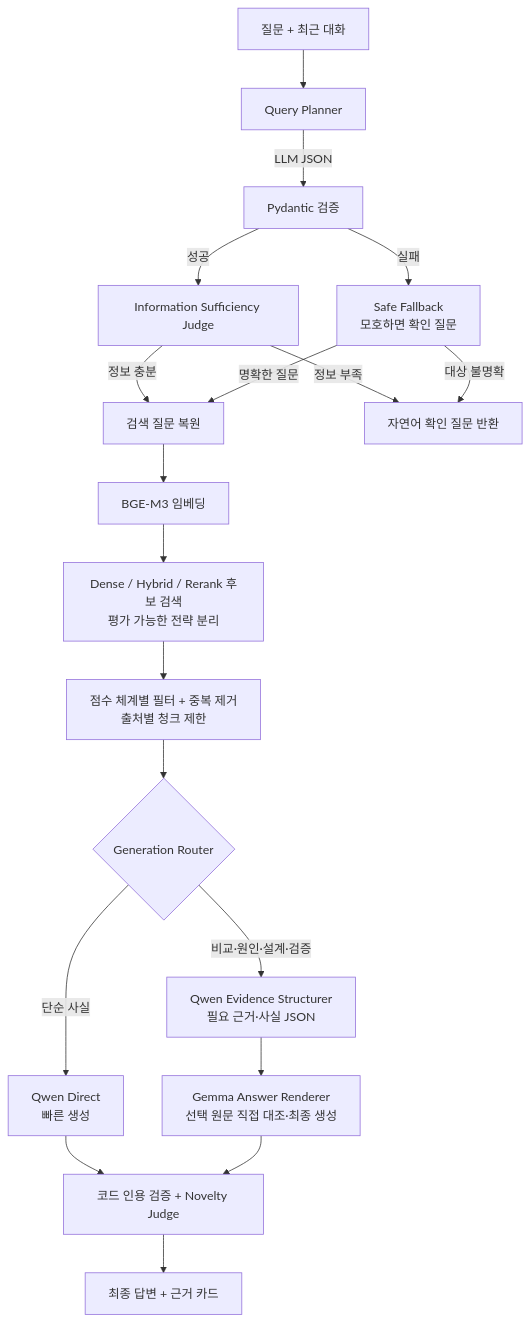
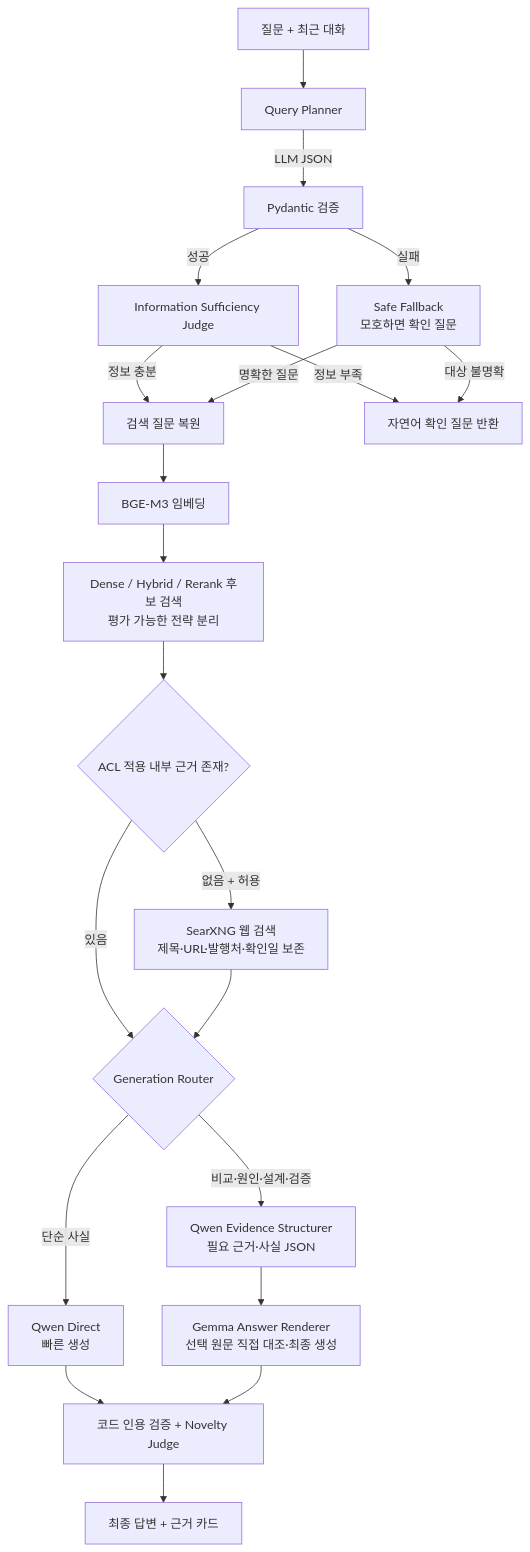
One commit to homilpat/blogProject changed the second of 2 diagrams in README.md. Above: the diagram before and after it, drawn with Mermaid. The commit also changed other lines of this file and 31 other files, not shown here.

````diff
--- a/README.md
+++ b/README.md
@@ -80,21 +93,23 @@
 ```mermaid
 flowchart TD
     A[질문 + 최근 대화] --> B[Query Planner]
     B -->|LLM JSON| C[Pydantic 검증]
     C -->|실패| D[Safe Fallback<br/>모호하면 확인 질문]
     C -->|성공| P[Information Sufficiency Judge]
     P -->|정보 충분| E[검색 질문 복원]
     P -->|정보 부족| X[자연어 확인 질문 반환]
     D -->|명확한 질문| E
     D -->|대상 불명확| X[자연어 확인 질문 반환]
     E --> F[BGE-M3 임베딩]
     F --> G[Dense / Hybrid / Rerank 후보 검색<br/>평가 가능한 전략 분리]
-    G --> H[점수 체계별 필터 + 중복 제거<br/>출처별 청크 제한]
-    H --> R{Generation Router}
+    G --> H{ACL 적용 내부 근거 존재?}
+    H -->|없음 + 허용| W[SearXNG 웹 검색<br/>제목·URL·발행처·확인일 보존]
+    H -->|있음| R{Generation Router}
+    W --> R
     R -->|단순 사실| Q[Qwen Direct<br/>빠른 생성]
     R -->|비교·원인·설계·검증| I[Qwen Evidence Structurer<br/>필요 근거·사실 JSON]
     I --> J[Gemma Answer Renderer<br/>선택 원문 직접 대조·최종 생성]
     Q --> K[코드 인용 검증 + Novelty Judge]
     J --> K
     K --> L[최종 답변 + 근거 카드]
 ```
````
